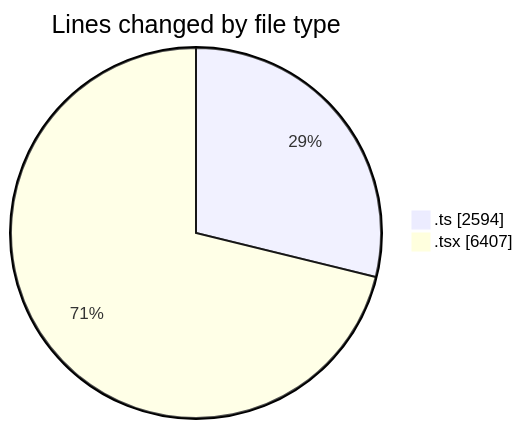
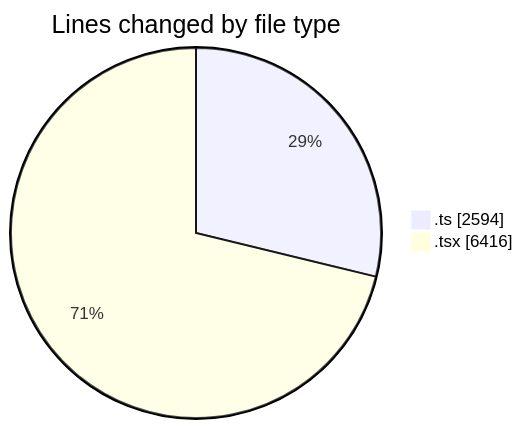
The first of 2 diagrams in 2025-07-01/cda/README.md (momahboobian/code-tracking), drawn with Mermaid before and after one commit. The commit also changed other lines of this file and 1 other file, not shown here.

````diff
--- a/2025-07-01/cda/README.md
+++ b/2025-07-01/cda/README.md
@@ -44,6 +44,6 @@
 ```mermaid
 pie showData
 title Lines changed by file type
 ".ts" : 2594
-".tsx" : 6407
+".tsx" : 6416
 ```
````
